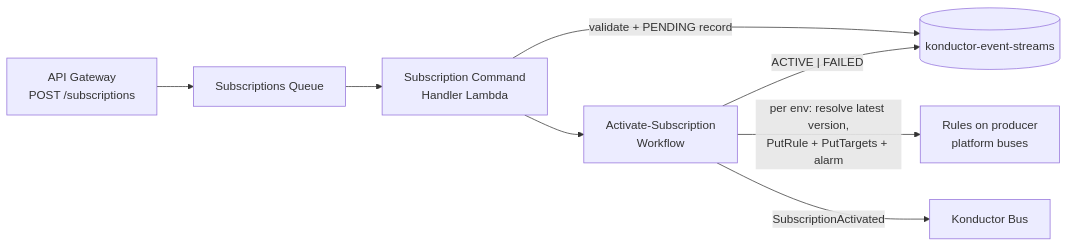
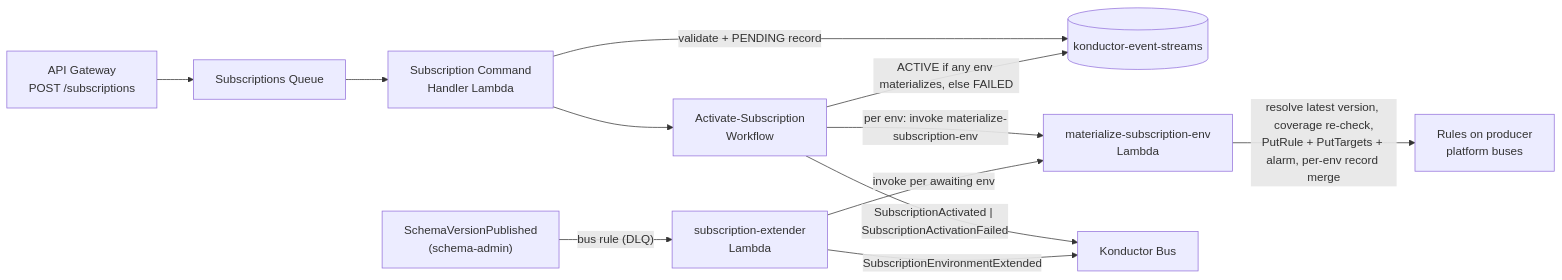
Before and after one commit to liedig/konductor4evb: the tenth of 10 diagrams in docs/development/architecture.md, drawn with Mermaid. The commit also changed other lines of this file and 1 other file, not shown here.

First line of the commit message:
docs(architecture): describe per-env activation and promotion extension

````diff
--- a/docs/development/architecture.md
+++ b/docs/development/architecture.md
@@ -632,10 +634,14 @@
 ```mermaid
 graph LR
     api["API Gateway<br/>POST /subscriptions"] --> q["Subscriptions Queue"]
     q --> handler["Subscription Command<br/>Handler Lambda"]
     handler -->|"validate + PENDING record"| est[("konductor-event-streams")]
     handler --> wf["Activate-Subscription<br/>Workflow"]
-    wf -->|"per env: resolve latest version,<br/>PutRule + PutTargets + alarm"| rules["Rules on producer<br/>platform buses"]
-    wf -->|"ACTIVE | FAILED"| est
-    wf -->|"SubscriptionActivated"| bus["Konductor Bus"]
+    wf -->|"per env: invoke materialize-subscription-env"| mat["materialize-subscription-env<br/>Lambda"]
+    mat -->|"resolve latest version, coverage re-check,<br/>PutRule + PutTargets + alarm, per-env record merge"| rules["Rules on producer<br/>platform buses"]
+    wf -->|"ACTIVE if any env materializes, else FAILED"| est
+    wf -->|"SubscriptionActivated | SubscriptionActivationFailed"| bus["Konductor Bus"]
+    published["SchemaVersionPublished<br/>(schema-admin)"] -->|"bus rule (DLQ)"| ext["subscription-extender<br/>Lambda"]
+    ext -->|"invoke per awaiting env"| mat
+    ext -->|"SubscriptionEnvironmentExtended"| bus
 ```
````
